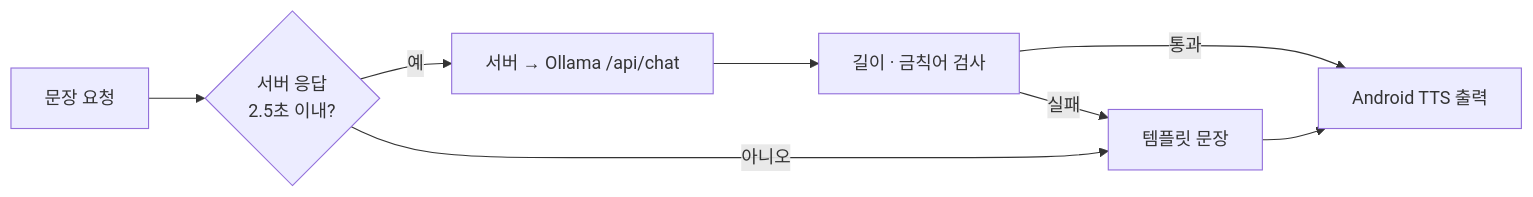
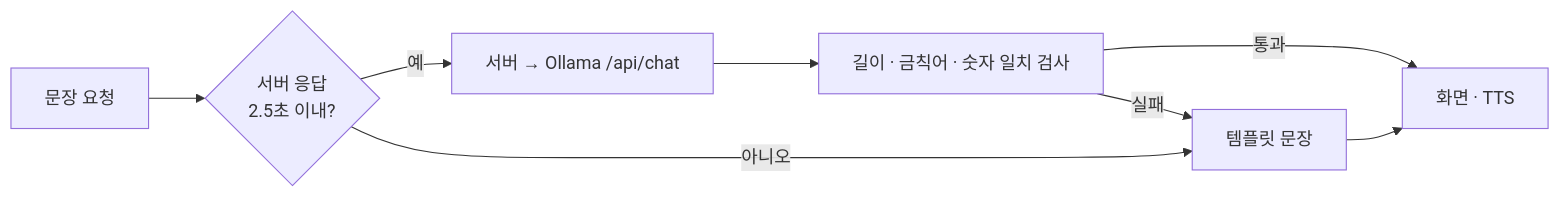
One commit to xuxtaku7610-del/every-moment-of-pause changed the second of 5 diagrams in architecture.md. Above: the diagram before and after it, drawn with Mermaid. The commit also changed other lines of this file and 159 other files, not shown here.

````diff
--- a/architecture.md
+++ b/architecture.md
@@ -106,10 +137,10 @@
 ```mermaid
 flowchart LR
     REQ["문장 요청"] --> S{"서버 응답<br/>2.5초 이내?"}
     S -->|"예"| OLL["서버 → Ollama /api/chat"]
     S -->|"아니오"| TPL["템플릿 문장"]
-    OLL --> CHK["길이 · 금칙어 검사"]
-    CHK -->|"통과"| TTS["Android TTS 출력"]
+    OLL --> CHK["길이 · 금칙어 · 숫자 일치 검사"]
+    CHK -->|"통과"| OUT["화면 · TTS"]
     CHK -->|"실패"| TPL
-    TPL --> TTS
+    TPL --> OUT
 ```
````
